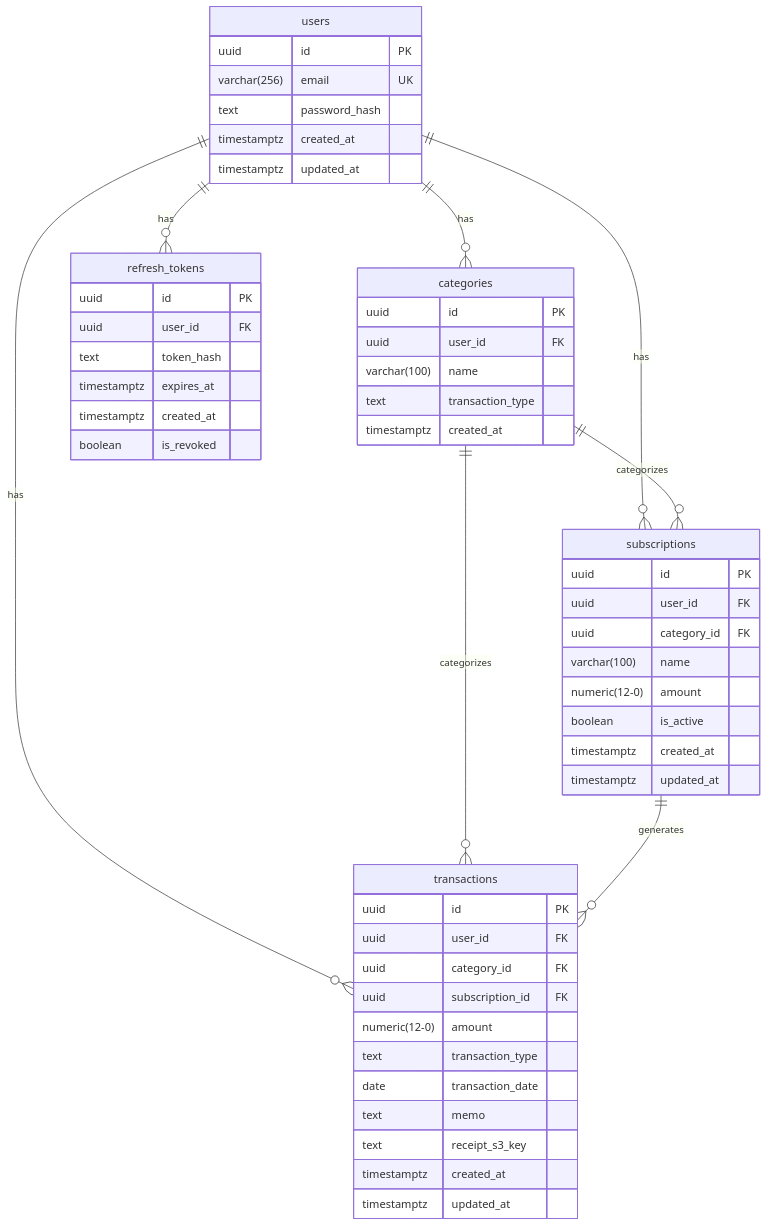
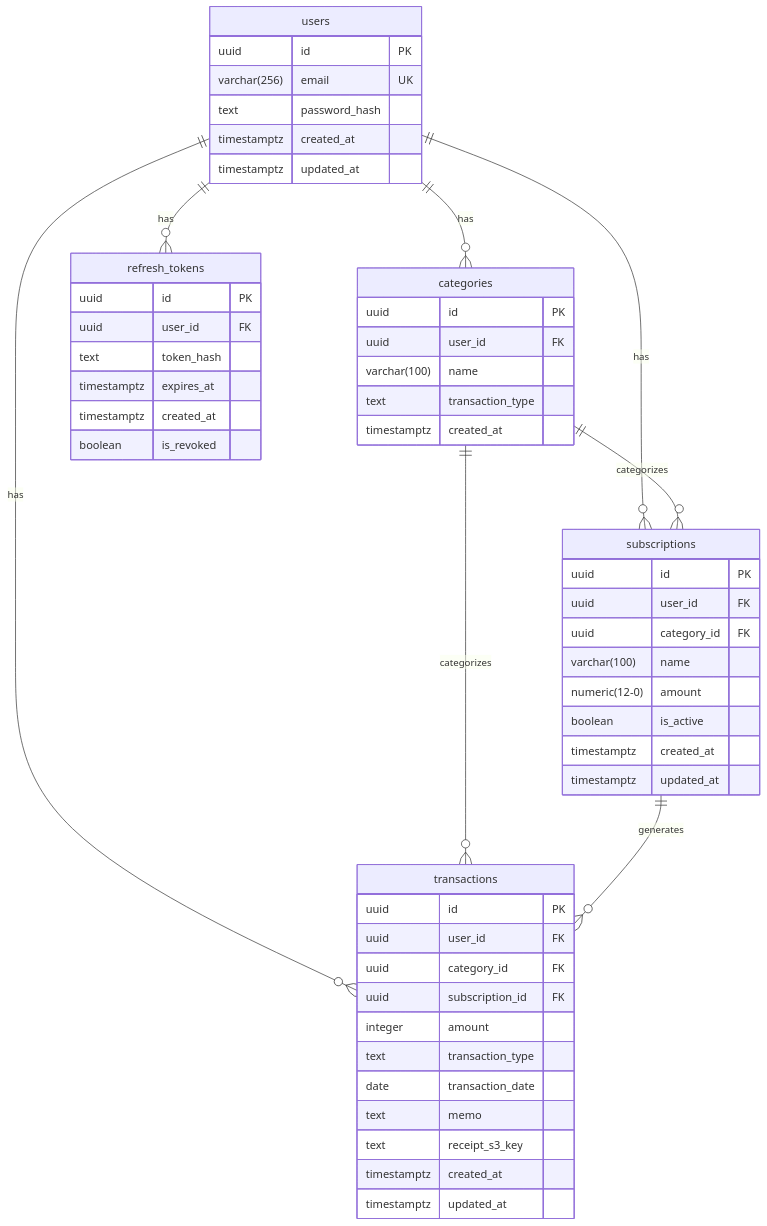
One commit to is-9108/KakeiBase changed the diagram in docs/db-design.md. Above: the diagram before and after it, drawn with Mermaid. The commit also changed other lines of this file and 15 other files, not shown here.

````diff
--- a/docs/db-design.md
+++ b/docs/db-design.md
@@ -15,60 +15,60 @@
 ```mermaid
 erDiagram
     users {
         uuid id PK
         varchar(256) email UK
         text password_hash
         timestamptz created_at
         timestamptz updated_at
     }
 
     categories {
         uuid id PK
         uuid user_id FK
         varchar(100) name
         text transaction_type
         timestamptz created_at
     }
 
     subscriptions {
         uuid id PK
         uuid user_id FK
         uuid category_id FK
         varchar(100) name
         numeric(12-0) amount
         boolean is_active
         timestamptz created_at
         timestamptz updated_at
     }
 
     transactions {
         uuid id PK
         uuid user_id FK
         uuid category_id FK
         uuid subscription_id FK
-        numeric(12-0) amount
+        integer amount
         text transaction_type
         date transaction_date
         text memo
         text receipt_s3_key
         timestamptz created_at
         timestamptz updated_at
     }
 
     refresh_tokens {
         uuid id PK
         uuid user_id FK
         text token_hash
         timestamptz expires_at
         timestamptz created_at
         boolean is_revoked
     }
 
     users ||--o{ categories : "has"
     users ||--o{ subscriptions : "has"
     users ||--o{ transactions : "has"
     users ||--o{ refresh_tokens : "has"
     categories ||--o{ subscriptions : "categorizes"
     categories ||--o{ transactions : "categorizes"
     subscriptions ||--o{ transactions : "generates"
 ```
````
